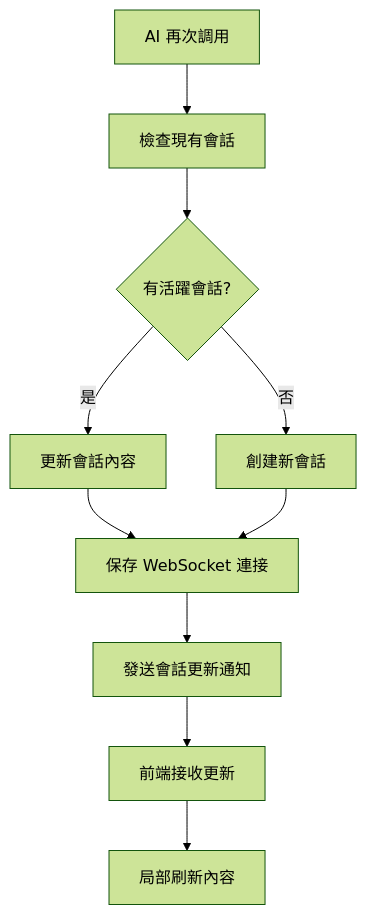
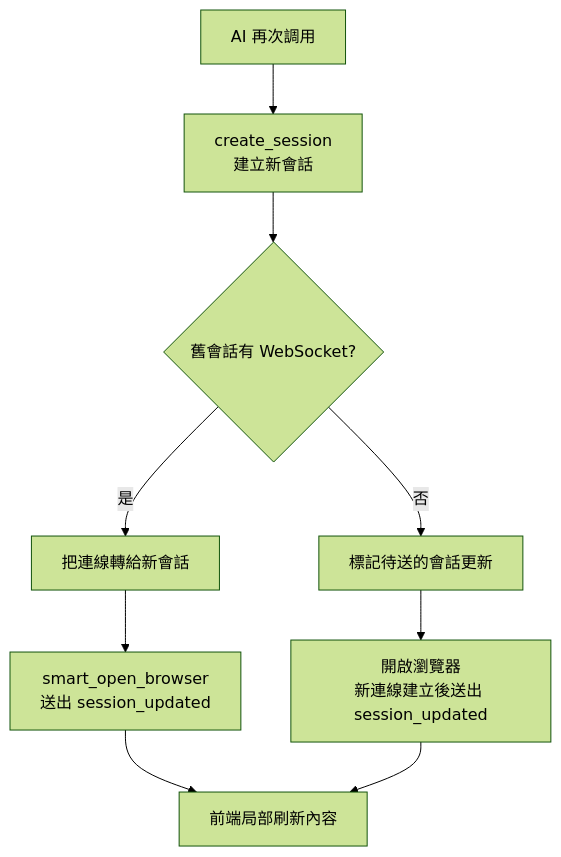
One commit to CloudEngineHub/mcp-feedback-enhanced changed the fifth of 12 diagrams in docs/architecture/interaction-flows.md. Above: the diagram before and after it, drawn with Mermaid (forest theme). The commit also changed other lines of this file, not shown here.

Commit message:
📝 交互流程文件改用實際的方法名、WebSocket 訊息與前端回饋狀態，移除虛構的環境偵測與會話管理虛擬碼

````diff
--- a/docs/architecture/interaction-flows.md
+++ b/docs/architecture/interaction-flows.md
@@ -439,12 +268,11 @@
 ```mermaid
 flowchart TD
-    CALL[AI 再次調用] --> CHECK[檢查現有會話]
-    CHECK --> ACTIVE{有活躍會話?}
-    ACTIVE -->|是| UPDATE[更新會話內容]
-    ACTIVE -->|否| CREATE[創建新會話]
-    UPDATE --> PRESERVE[保存 WebSocket 連接]
-    CREATE --> PRESERVE
-    PRESERVE --> NOTIFY[發送會話更新通知]
-    NOTIFY --> FRONTEND[前端接收更新]
-    FRONTEND --> REFRESH[局部刷新內容]
+    CALL[AI 再次調用] --> CREATE[create_session<br/>建立新會話]
+    CREATE --> OLD{舊會話有 WebSocket?}
+    OLD -->|是| TRANSFER[把連線轉給新會話]
+    OLD -->|否| PENDING[標記待送的會話更新]
+    TRANSFER --> NOTIFY[smart_open_browser<br/>送出 session_updated]
+    PENDING --> OPEN[開啟瀏覽器<br/>新連線建立後送出 session_updated]
+    NOTIFY --> REFRESH[前端局部刷新內容]
+    OPEN --> REFRESH
 ```
````
